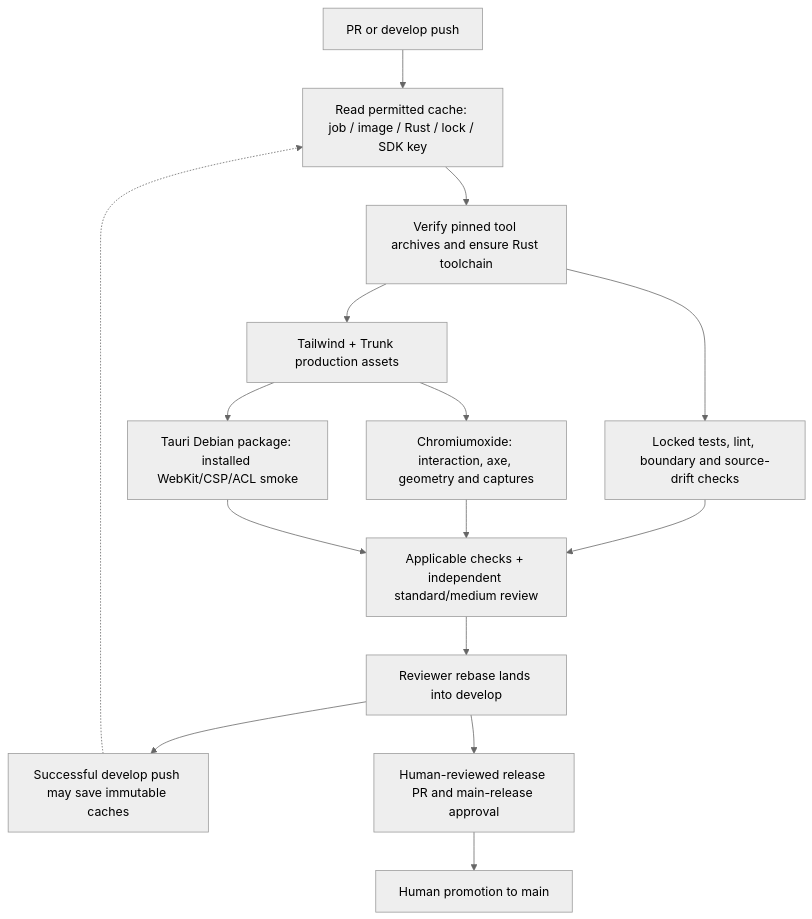
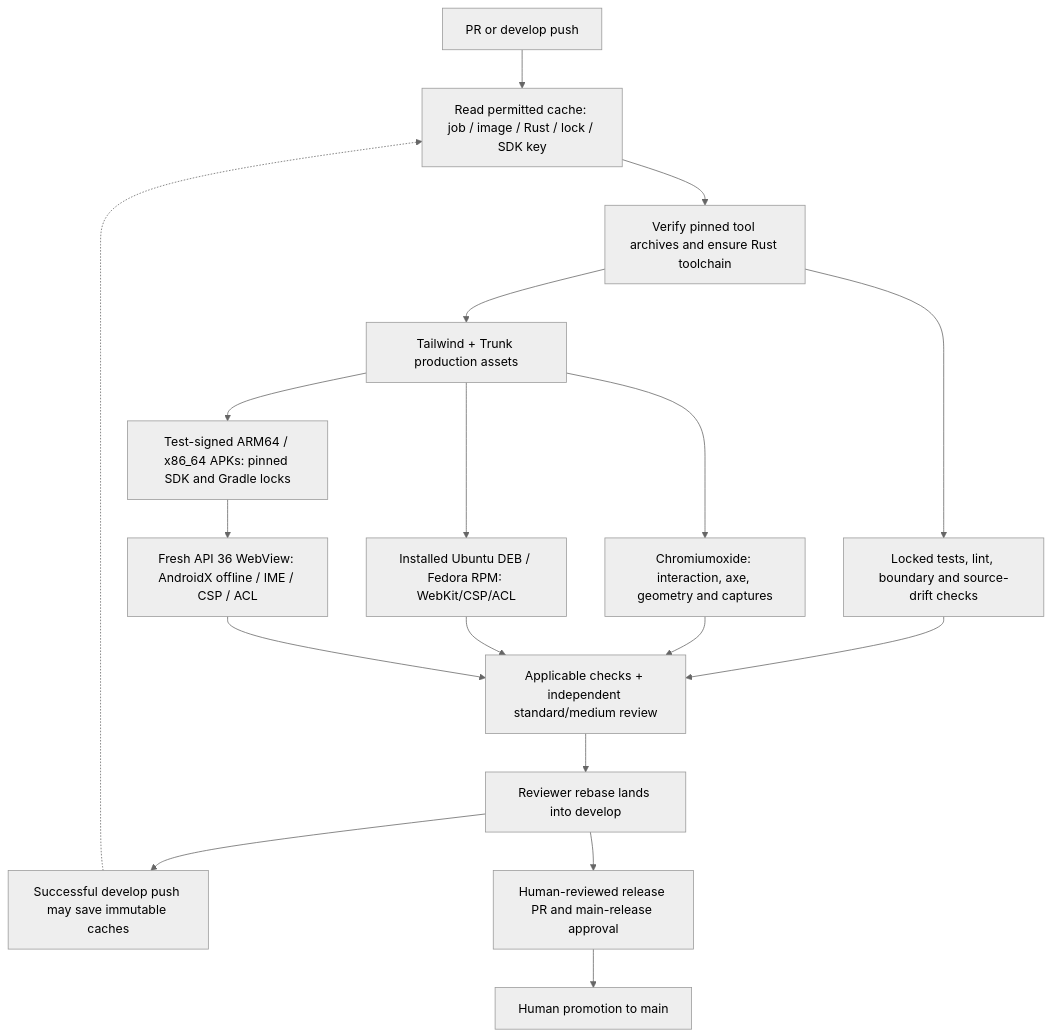
The third of 8 diagrams in docs/architecture.md (kmosoti/rust-ui-template), drawn with Mermaid (neutral theme) before and after one commit. The commit also changed other lines of this file and 6 other files, not shown here.

````diff
--- a/docs/architecture.md
+++ b/docs/architecture.md
@@ -134,17 +137,20 @@
 ```mermaid
 flowchart TD
   Change["PR or develop push"] --> Restore["Read permitted cache: job / image / Rust / lock / SDK key"]
   Restore --> Tools["Verify pinned tool archives and ensure Rust toolchain"]
   Tools --> Checks["Locked tests, lint, boundary and source-drift checks"]
   Tools --> Frontend["Tailwind + Trunk production assets"]
   Frontend --> Chrome["Chromiumoxide: interaction, axe, geometry and captures"]
-  Frontend --> Linux["Tauri Debian package: installed WebKit/CSP/ACL smoke"]
+  Frontend --> Linux["Installed Ubuntu DEB / Fedora RPM: WebKit/CSP/ACL"]
+  Frontend --> Android["Test-signed ARM64 / x86_64 APKs: pinned SDK and Gradle locks"]
+  Android --> Device["Fresh API 36 WebView: AndroidX offline / IME / CSP / ACL"]
   Checks --> Gate["Applicable checks + independent standard/medium review"]
   Chrome --> Gate
   Linux --> Gate
+  Device --> Gate
   Gate --> Develop["Reviewer rebase lands into develop"]
   Develop --> Trusted["Successful develop push may save immutable caches"]
   Trusted -.-> Restore
   Develop --> Human["Human-reviewed release PR and main-release approval"]
   Human --> Main["Human promotion to main"]
 ```
````
